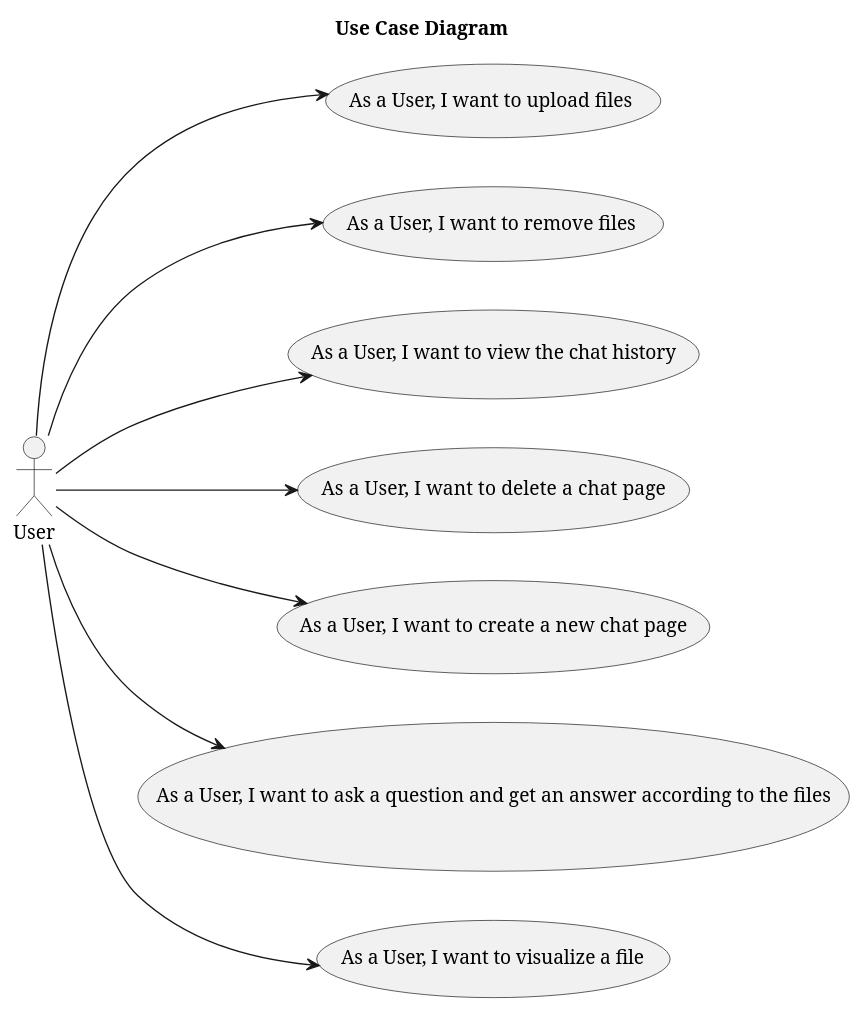
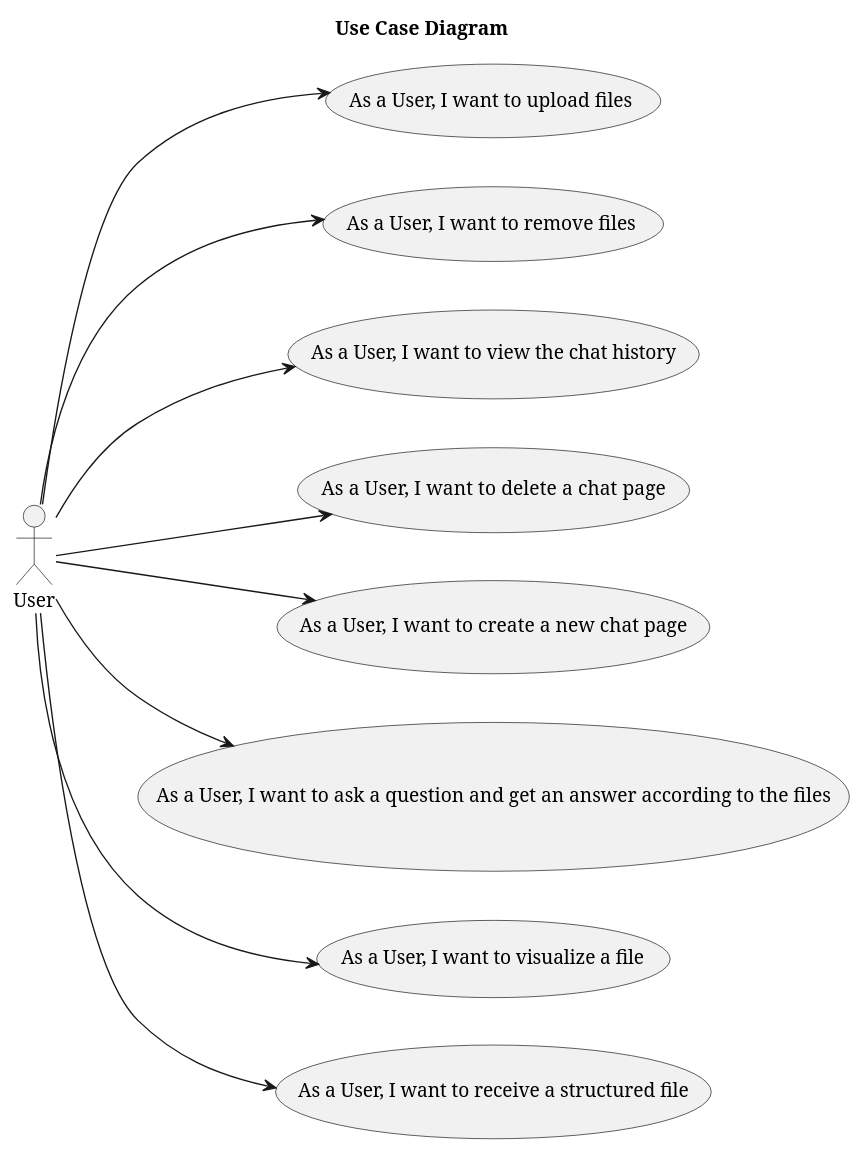
One commit to Ana6363/RAGSystem_Wiki changed the diagram in UseCaseDiagram.puml. Above: the diagram before and after it, drawn with PlantUML. The commit also changed 1 other file, not shown here.

Commit message:
modifications to use case diagram

```diff
--- a/UseCaseDiagram.puml
+++ b/UseCaseDiagram.puml
@@ -1,18 +1,19 @@
 @startuml
 
 left to right direction
 skinparam packageStyle rectangle
 
 title Use Case Diagram
 
 :User: as User
 
 User --> (As a User, I want to upload files)
 User --> (As a User, I want to remove files)
 User --> (As a User, I want to view the chat history)
 User --> (As a User, I want to delete a chat page)
 User --> (As a User, I want to create a new chat page)
 User --> (As a User, I want to ask a question and get an answer according to the files)
 User --> (As a User, I want to visualize a file)
+User --> (As a User, I want to receive a structured file)
 
 @enduml
```
